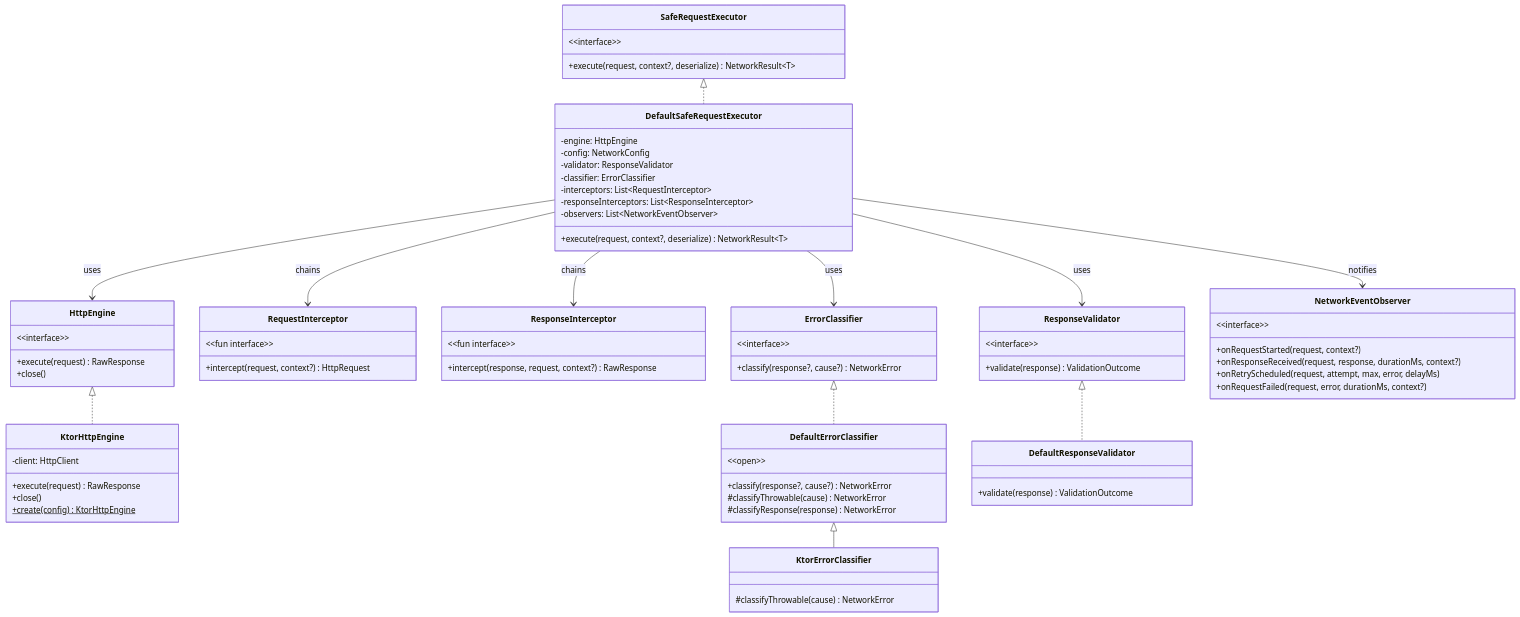
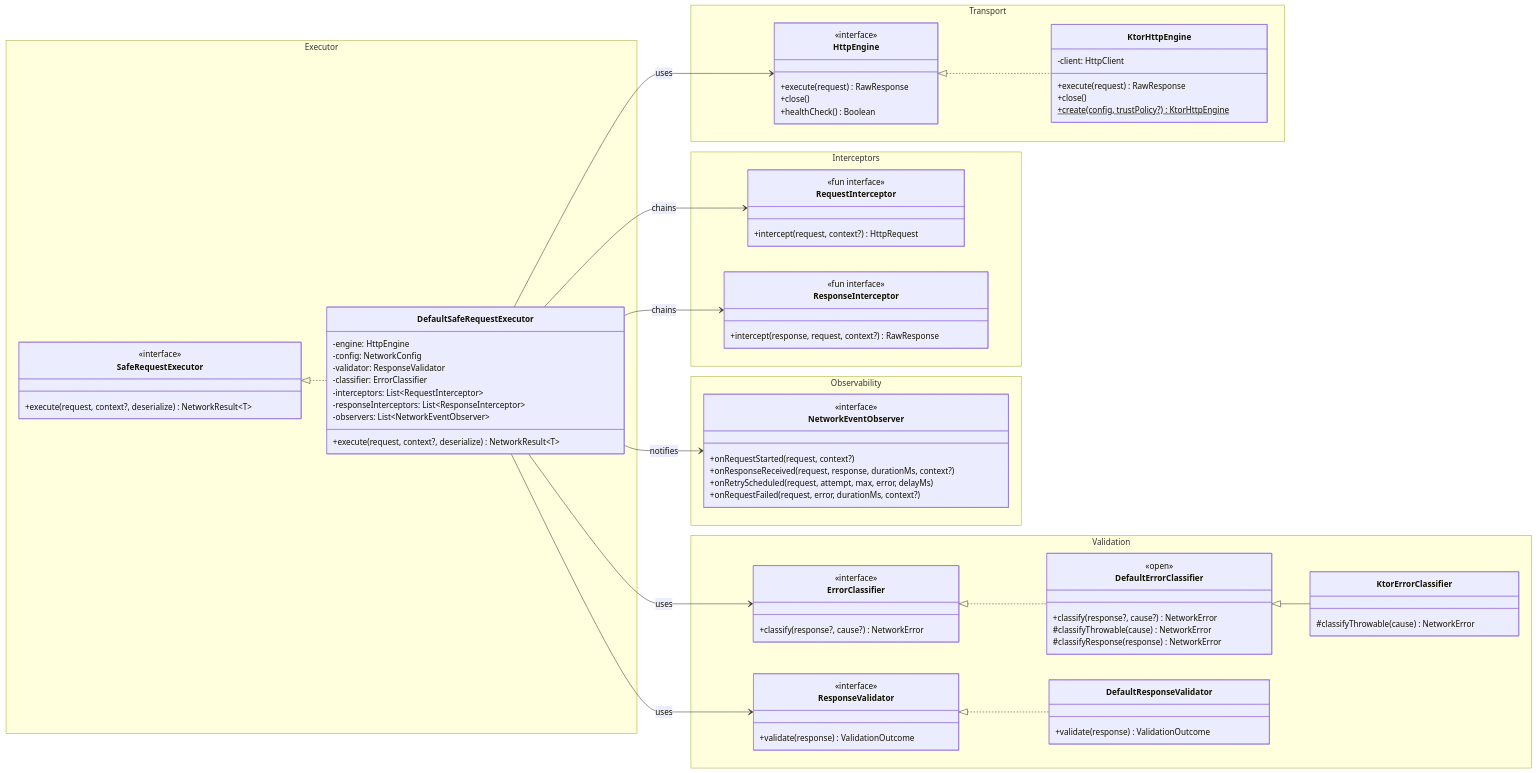
One commit to DanCrRdz93/core-data-platform changed the diagram in docs/diagrams/mmd/05a-execution-pipeline.mmd. Above: the diagram before and after it, drawn with Mermaid. The commit also changed 18 other files, not shown here.

Commit message:
upgrade diagrams

```diff
--- a/docs/diagrams/mmd/05a-execution-pipeline.mmd
+++ b/docs/diagrams/mmd/05a-execution-pipeline.mmd
@@ -1,87 +1,98 @@
 classDiagram
-    direction TB
+    direction LR
 
-    class SafeRequestExecutor {
-        &lt;&lt;interface&gt;&gt;
-        +execute(request, context?, deserialize) NetworkResult~T~
+    namespace Executor {
+        class SafeRequestExecutor {
+            <<interface>>
+            +execute(request, context?, deserialize) NetworkResult~T~
+        }
+
+        class DefaultSafeRequestExecutor {
+            -engine: HttpEngine
+            -config: NetworkConfig
+            -validator: ResponseValidator
+            -classifier: ErrorClassifier
+            -interceptors: List~RequestInterceptor~
+            -responseInterceptors: List~ResponseInterceptor~
+            -observers: List~NetworkEventObserver~
+            +execute(request, context?, deserialize) NetworkResult~T~
+        }
     }
 
-    class DefaultSafeRequestExecutor {
-        -engine: HttpEngine
-        -config: NetworkConfig
-        -validator: ResponseValidator
-        -classifier: ErrorClassifier
-        -interceptors: List~RequestInterceptor~
-        -responseInterceptors: List~ResponseInterceptor~
-        -observers: List~NetworkEventObserver~
-        +execute(request, context?, deserialize) NetworkResult~T~
+    namespace Transport {
+        class HttpEngine {
+            <<interface>>
+            +execute(request) RawResponse
+            +close()
+            +healthCheck() Boolean
+        }
+
+        class KtorHttpEngine {
+            -client: HttpClient
+            +execute(request) RawResponse
+            +close()
+            +create(config, trustPolicy?)$ KtorHttpEngine
+        }
     }
 
-    class HttpEngine {
-        &lt;&lt;interface&gt;&gt;
-        +execute(request) RawResponse
-        +close()
+    namespace Interceptors {
+        class RequestInterceptor {
+            <<fun interface>>
+            +intercept(request, context?) HttpRequest
+        }
+
+        class ResponseInterceptor {
+            <<fun interface>>
+            +intercept(response, request, context?) RawResponse
+        }
     }
 
-    class KtorHttpEngine {
-        -client: HttpClient
-        +execute(request) RawResponse
-        +close()
-        +create(config)$ KtorHttpEngine
+    namespace Validation {
+        class ErrorClassifier {
+            <<interface>>
+            +classify(response?, cause?) NetworkError
+        }
+
+        class DefaultErrorClassifier {
+            <<open>>
+            +classify(response?, cause?) NetworkError
+            #classifyThrowable(cause) NetworkError
+            #classifyResponse(response) NetworkError
+        }
+
+        class KtorErrorClassifier {
+            #classifyThrowable(cause) NetworkError
+        }
+
+        class ResponseValidator {
+            <<interface>>
+            +validate(response) ValidationOutcome
+        }
+
+        class DefaultResponseValidator {
+            +validate(response) ValidationOutcome
+        }
     }
 
-    class RequestInterceptor {
-        &lt;&lt;fun interface&gt;&gt;
-        +intercept(request, context?) HttpRequest
-    }
-
-    class ResponseInterceptor {
-        &lt;&lt;fun interface&gt;&gt;
-        +intercept(response, request, context?) RawResponse
-    }
-
-    class ErrorClassifier {
-        &lt;&lt;interface&gt;&gt;
-        +classify(response?, cause?) NetworkError
-    }
-
-    class DefaultErrorClassifier {
-        &lt;&lt;open&gt;&gt;
-        +classify(response?, cause?) NetworkError
-        #classifyThrowable(cause) NetworkError
-        #classifyResponse(response) NetworkError
-    }
-
-    class KtorErrorClassifier {
-        #classifyThrowable(cause) NetworkError
-    }
-
-    class ResponseValidator {
-        &lt;&lt;interface&gt;&gt;
-        +validate(response) ValidationOutcome
-    }
-
-    class DefaultResponseValidator {
-        +validate(response) ValidationOutcome
-    }
-
-    class NetworkEventObserver {
-        &lt;&lt;interface&gt;&gt;
-        +onRequestStarted(request, context?)
-        +onResponseReceived(request, response, durationMs, context?)
-        +onRetryScheduled(request, attempt, max, error, delayMs)
-        +onRequestFailed(request, error, durationMs, context?)
+    namespace Observability {
+        class NetworkEventObserver {
+            <<interface>>
+            +onRequestStarted(request, context?)
+            +onResponseReceived(request, response, durationMs, context?)
+            +onRetryScheduled(request, attempt, max, error, delayMs)
+            +onRequestFailed(request, error, durationMs, context?)
+        }
     }
 
     SafeRequestExecutor <|.. DefaultSafeRequestExecutor
     HttpEngine <|.. KtorHttpEngine
     ErrorClassifier <|.. DefaultErrorClassifier
     DefaultErrorClassifier <|-- KtorErrorClassifier
     ResponseValidator <|.. DefaultResponseValidator
 
     DefaultSafeRequestExecutor --> HttpEngine : uses
     DefaultSafeRequestExecutor --> ErrorClassifier : uses
     DefaultSafeRequestExecutor --> ResponseValidator : uses
     DefaultSafeRequestExecutor --> RequestInterceptor : chains
     DefaultSafeRequestExecutor --> ResponseInterceptor : chains
     DefaultSafeRequestExecutor --> NetworkEventObserver : notifies
```
